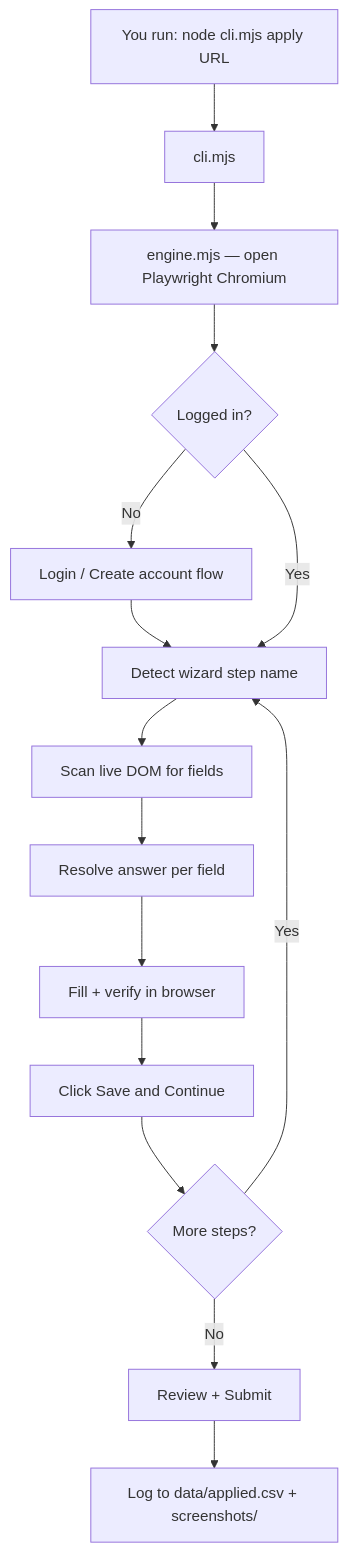
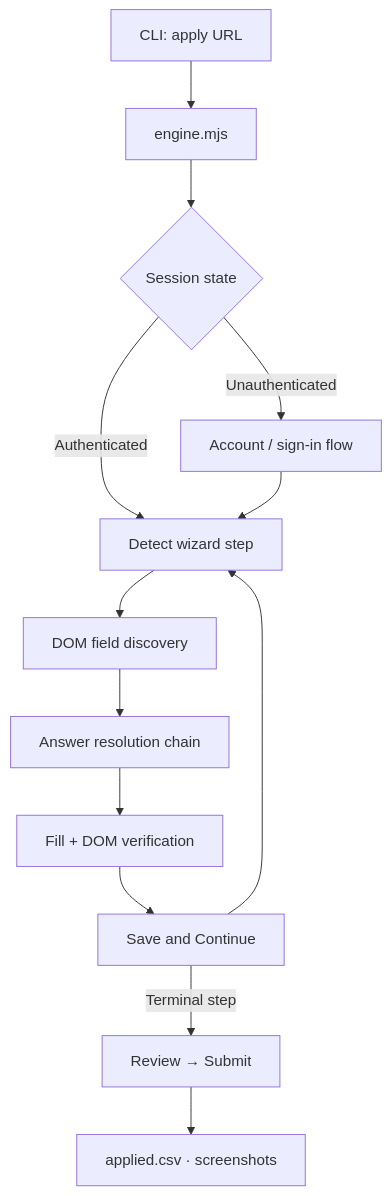
Before and after one commit to ajithchandraapplywizz/Workday_Auto: the first of 5 diagrams in README.md, drawn with Mermaid. The commit also changed other lines of this file, not shown here.

````diff
--- a/README.md
+++ b/README.md
@@ -71,17 +35,15 @@
 ```mermaid
 flowchart TD
-    A[You run: node cli.mjs apply URL] --> B[cli.mjs]
-    B --> C[engine.mjs — open Playwright Chromium]
-    C --> D{Logged in?}
-    D -->|No| E[Login / Create account flow]
-    E --> F[Detect wizard step name]
-    D -->|Yes| F
-    F --> G[Scan live DOM for fields]
-    G --> H[Resolve answer per field]
-    H --> I[Fill + verify in browser]
-    I --> J[Click Save and Continue]
-    J --> K{More steps?}
-    K -->|Yes| F
-    K -->|No| L[Review + Submit]
-    L --> M[Log to data/applied.csv + screenshots/]
+    IN[CLI: apply URL] --> ENG[engine.mjs]
+    ENG --> AUTH{Session state}
+    AUTH -->|Unauthenticated| LOGIN[Account / sign-in flow]
+    AUTH -->|Authenticated| STEP[Detect wizard step]
+    LOGIN --> STEP
+    STEP --> SCAN[DOM field discovery]
+    SCAN --> RESOLVE[Answer resolution chain]
+    RESOLVE --> FILL[Fill + DOM verification]
+    FILL --> ADV[Save and Continue]
+    ADV --> STEP
+    ADV -->|Terminal step| SUBMIT[Review → Submit]
+    SUBMIT --> AUDIT[applied.csv · screenshots]
 ```
````
